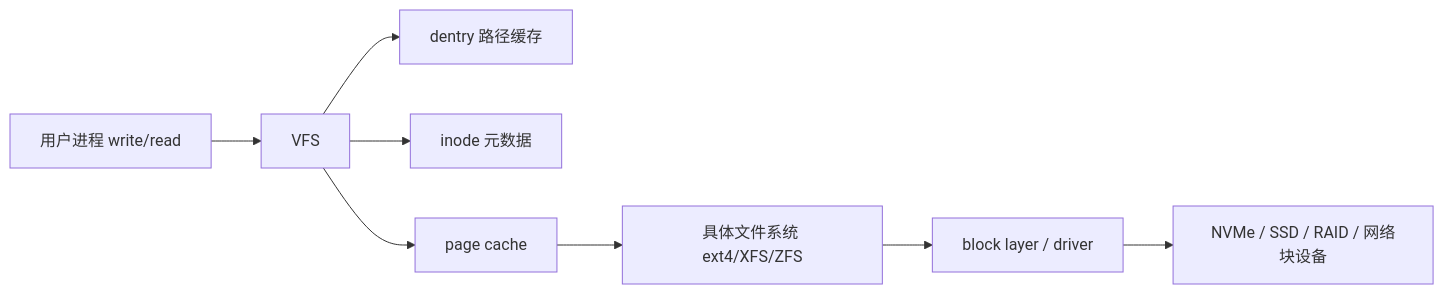
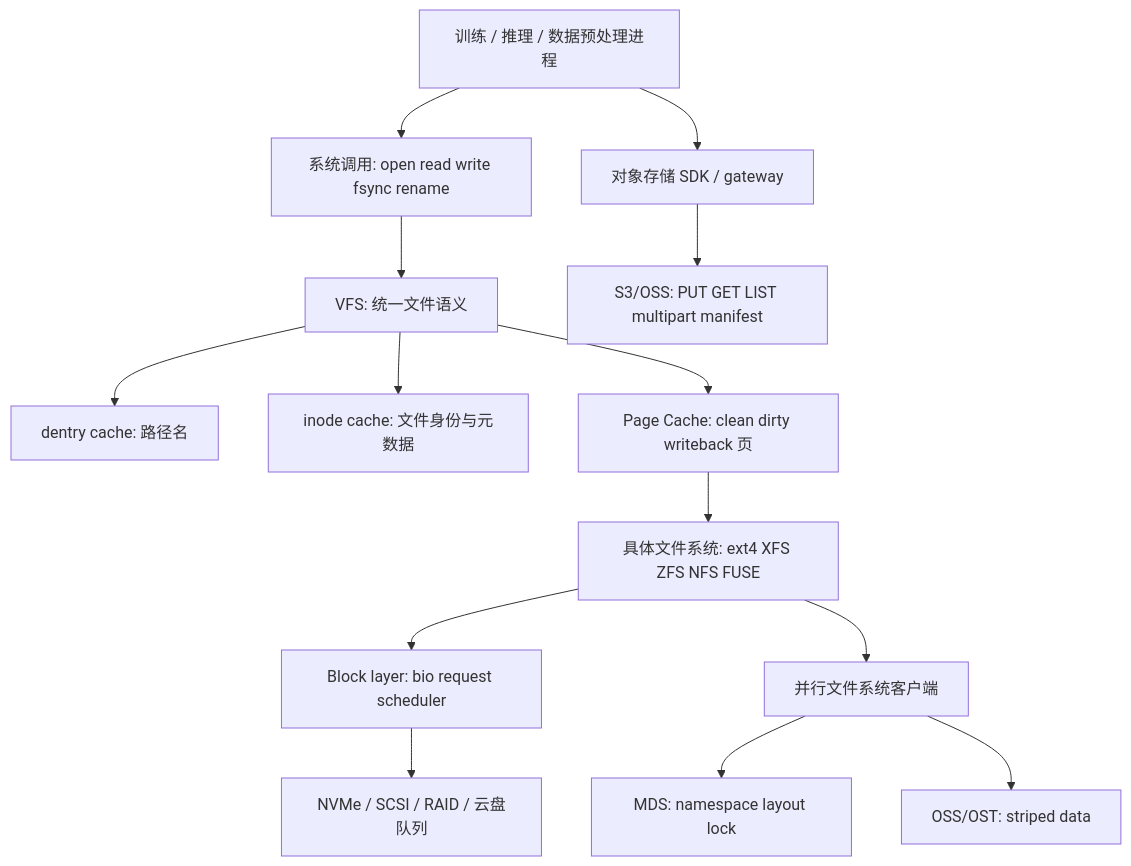
The first of 7 diagrams in ai-infra-tutorial/part0-foundations-of-systems/0c-filesystems-and-storage-internals.md (qxhy123/learn), drawn with Mermaid before and after one commit. The commit also changed other lines of this file and 39 other files, not shown here.

First line of the commit message:
Split Part 0a CPU microarchitecture into 8 deep-dive chapters

````diff
--- a/ai-infra-tutorial/part0-foundations-of-systems/0c-filesystems-and-storage-internals.md
+++ b/ai-infra-tutorial/part0-foundations-of-systems/0c-filesystems-and-storage-internals.md
@@ -76,10 +29,16 @@
 ```mermaid
-flowchart LR
-  A[用户进程 write/read] --> B[VFS]
-  B --> C[dentry 路径缓存]
-  B --> D[inode 元数据]
-  B --> E[page cache]
-  E --> F[具体文件系统 ext4/XFS/ZFS]
-  F --> G[block layer / driver]
-  G --> H[NVMe / SSD / RAID / 网络块设备]
+flowchart TD
+  App[训练 / 推理 / 数据预处理进程] --> Sys[系统调用: open read write fsync rename]
+  Sys --> VFS[VFS: 统一文件语义]
+  VFS --> Den[dentry cache: 路径名]
+  VFS --> Ino[inode cache: 文件身份与元数据]
+  VFS --> PC[Page Cache: clean dirty writeback 页]
+  PC --> FS[具体文件系统: ext4 XFS ZFS NFS FUSE]
+  FS --> BLK[Block layer: bio request scheduler]
+  BLK --> Q[NVMe / SCSI / RAID / 云盘队列]
+  FS --> PFS[并行文件系统客户端]
+  PFS --> MDS[MDS: namespace layout lock]
+  PFS --> OSS[OSS/OST: striped data]
+  App --> Obj[对象存储 SDK / gateway]
+  Obj --> S3[S3/OSS: PUT GET LIST multipart manifest]
 ```
````
